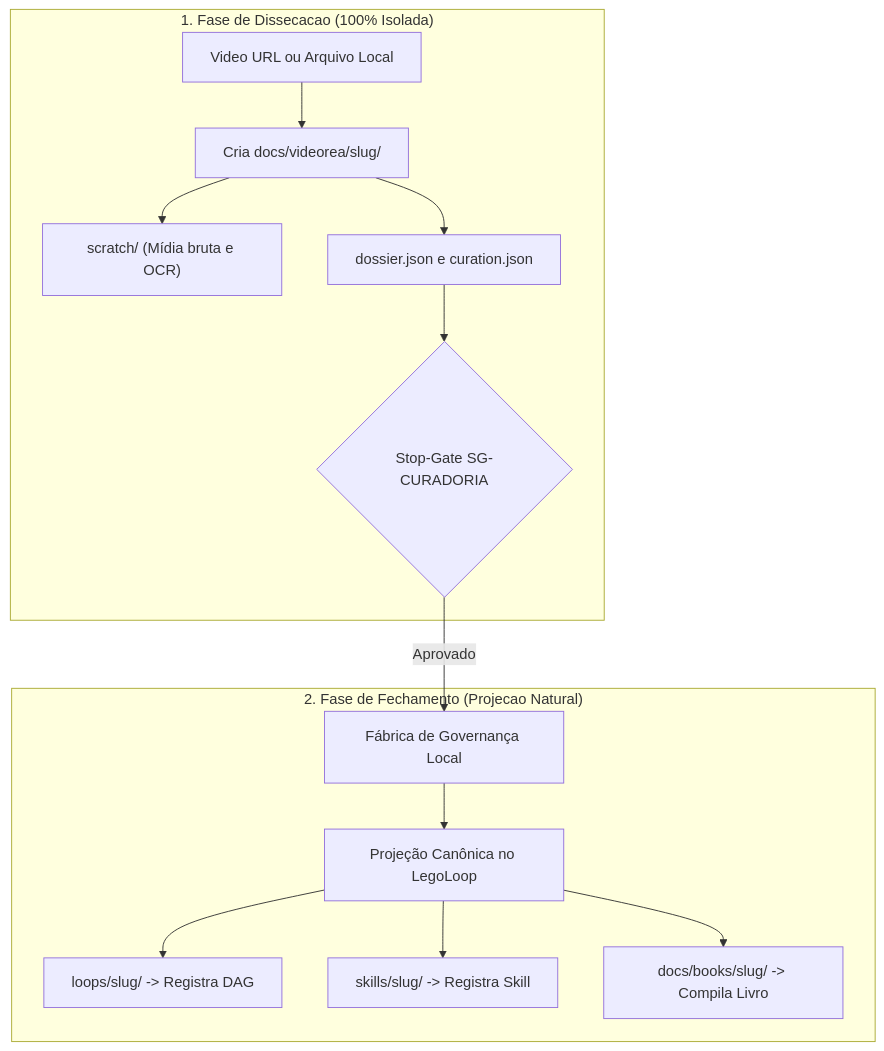
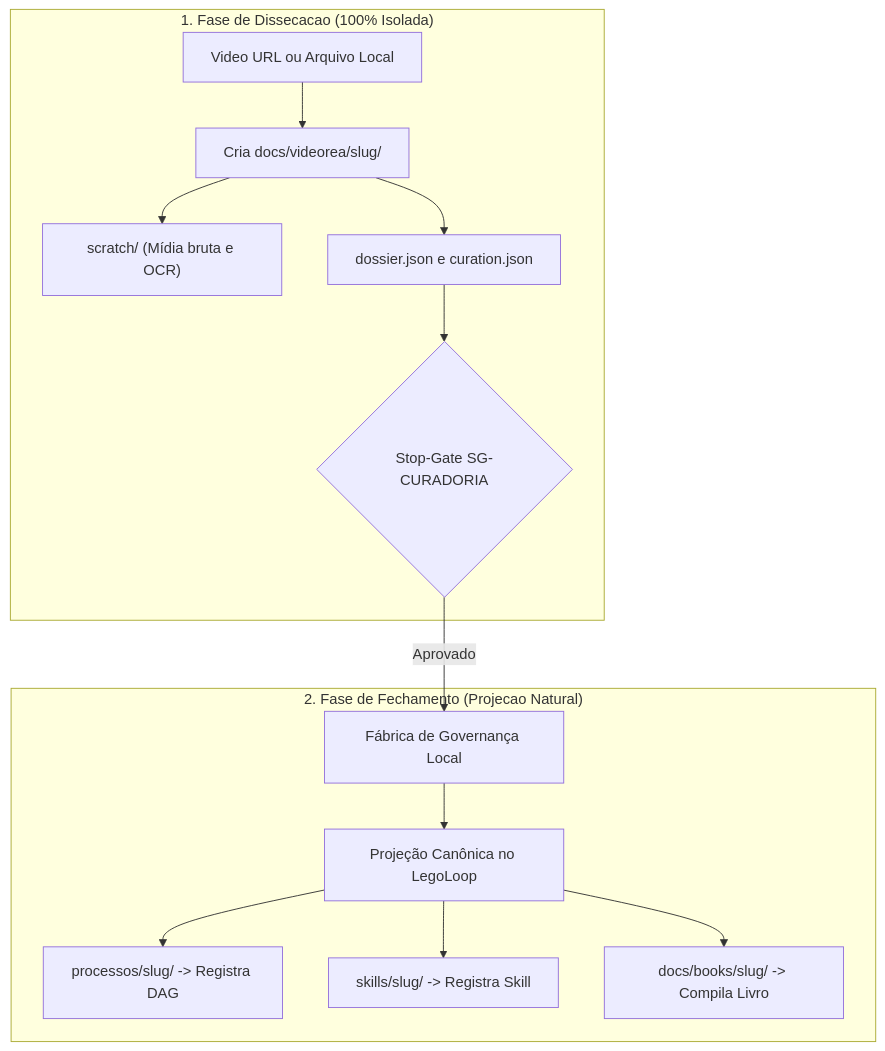
One commit to heverton-dev/LegoLoop changed the second of 10 diagrams in docs/archive/sessions/LegoLoop/08112026_2e0a571f-d5e2-4102-8078-9a49e6e6e5e5.md. Above: the diagram before and after it, drawn with Mermaid. The commit also changed other lines of this file and 549 other files, not shown here.

First line of the commit message:
checkpoint E06: rename loops/ -> processos/ (referencias, hook legado exit 2, TDD mutacoes provadas)

````diff
--- a/docs/archive/sessions/LegoLoop/08112026_2e0a571f-d5e2-4102-8078-9a49e6e6e5e5.md
+++ b/docs/archive/sessions/LegoLoop/08112026_2e0a571f-d5e2-4102-8078-9a49e6e6e5e5.md
@@ -242,17 +242,17 @@
 ```mermaid
 flowchart TD
     subgraph Fase1 ["1. Fase de Dissecacao (100% Isolada)"]
         A["Video URL ou Arquivo Local"] --> B["Cria docs/videorea/slug/"]
         B --> C["scratch/ (Mídia bruta e OCR)"]
         B --> D["dossier.json e curation.json"]
         D --> E{"Stop-Gate SG-CURADORIA"}
     end
 
     subgraph Fase2 ["2. Fase de Fechamento (Projecao Natural)"]
         E -->|"Aprovado"| F["Fábrica de Governança Local"]
         F --> G["Projeção Canônica no LegoLoop"]
-        G --> H["loops/slug/ -> Registra DAG"]
+        G --> H["processos/slug/ -> Registra DAG"]
         G --> I["skills/slug/ -> Registra Skill"]
         G --> J["docs/books/slug/ -> Compila Livro"]
     end
 ```
````
